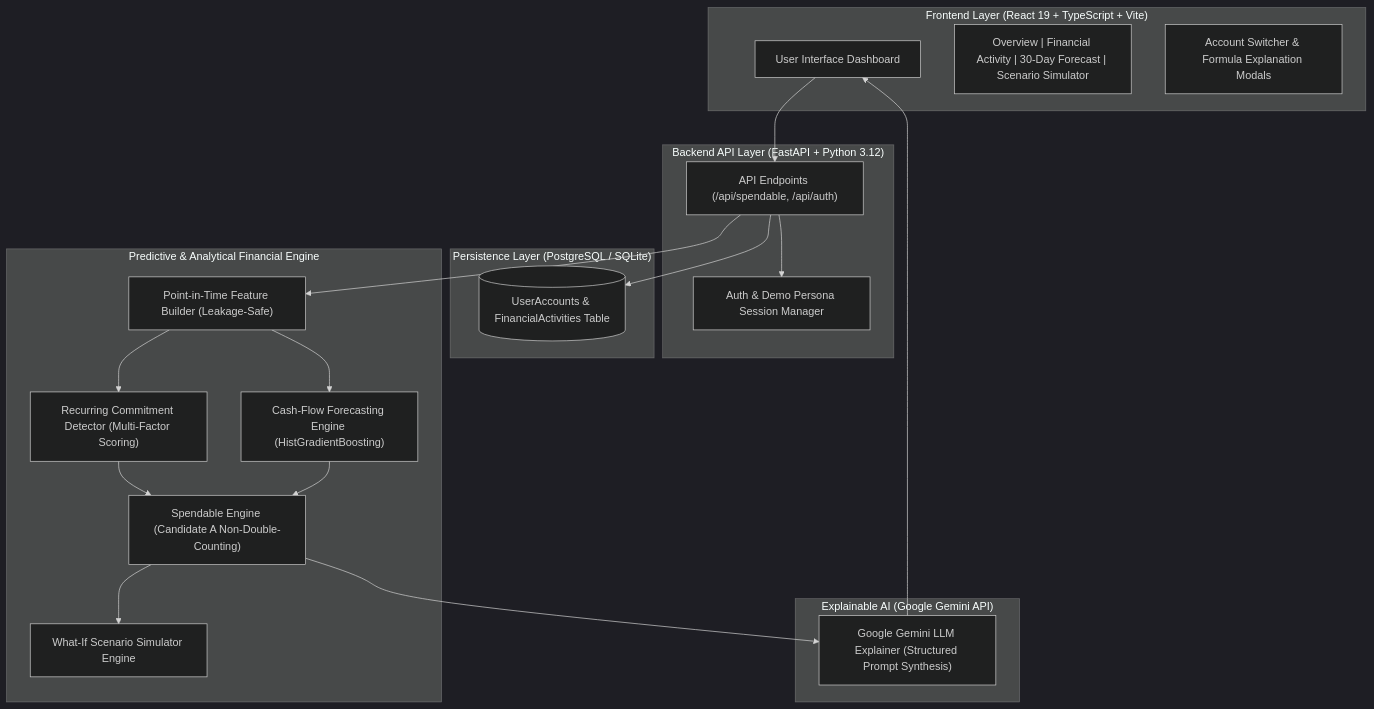
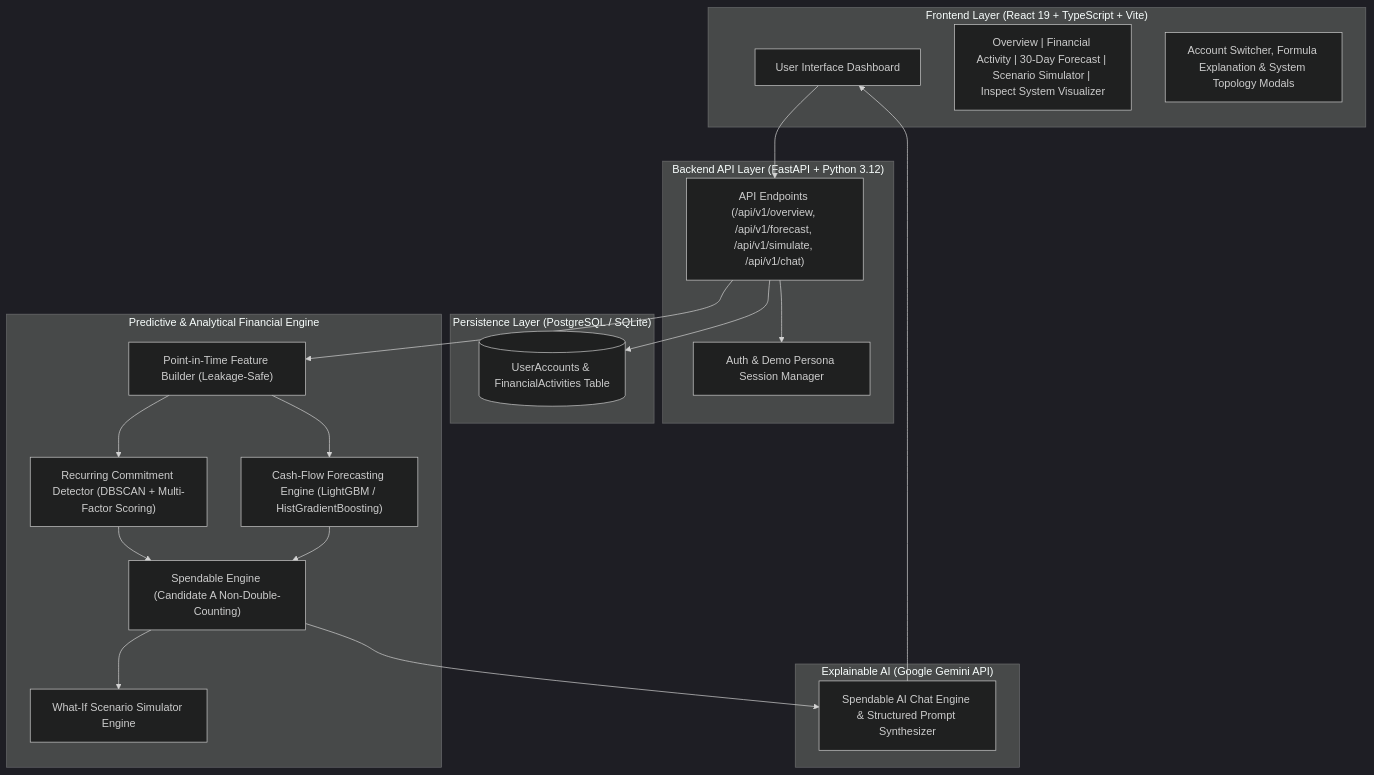
One commit to Supan-Roy/Spendable changed the diagram in README.md. Above: the diagram before and after it, drawn with Mermaid (dark theme). The commit also changed other lines of this file and 4 other files, not shown here.

Commit message:
Update documentation for Spendable AI, Inspect visualizer, scenario simulator, and ML engine

````diff
--- a/README.md
+++ b/README.md
@@ -15,41 +15,41 @@
 ```mermaid
 graph TD
     subgraph Frontend["Frontend Layer (React 19 + TypeScript + Vite)"]
         UI["User Interface Dashboard"]
-        Tabs["Overview | Financial Activity | 30-Day Forecast | Scenario Simulator"]
-        Modal["Account Switcher & Formula Explanation Modals"]
+        Tabs["Overview | Financial Activity | 30-Day Forecast | Scenario Simulator | Inspect System Visualizer"]
+        Modal["Account Switcher, Formula Explanation & System Topology Modals"]
     end
 
     subgraph API["Backend API Layer (FastAPI + Python 3.12)"]
-        Router["API Endpoints (/api/spendable, /api/auth)"]
+        Router["API Endpoints (/api/v1/overview, /api/v1/forecast, /api/v1/simulate, /api/v1/chat)"]
         AuthCtx["Auth & Demo Persona Session Manager"]
     end
 
     subgraph Storage["Persistence Layer (PostgreSQL / SQLite)"]
         DB[(UserAccounts & FinancialActivities Table)]
     end
 
     subgraph ML_Engine["Predictive & Analytical Financial Engine"]
         PitBuilder["Point-in-Time Feature Builder (Leakage-Safe)"]
-        RecDetector["Recurring Commitment Detector (Multi-Factor Scoring)"]
-        ForecastML["Cash-Flow Forecasting Engine (HistGradientBoosting)"]
+        RecDetector["Recurring Commitment Detector (DBSCAN + Multi-Factor Scoring)"]
+        ForecastML["Cash-Flow Forecasting Engine (LightGBM / HistGradientBoosting)"]
         SpendEngine["Spendable Engine (Candidate A Non-Double-Counting)"]
         ScenarioSim["What-If Scenario Simulator Engine"]
     end
 
     subgraph LLM_Layer["Explainable AI (Google Gemini API)"]
-        Gemini["Google Gemini LLM Explainer (Structured Prompt Synthesis)"]
+        SpendableAI["Spendable AI Chat Engine & Structured Prompt Synthesizer"]
     end
 
     UI --> Router
     Router --> AuthCtx
     Router --> DB
     Router --> PitBuilder
     PitBuilder --> RecDetector
     PitBuilder --> ForecastML
     RecDetector --> SpendEngine
     ForecastML --> SpendEngine
     SpendEngine --> ScenarioSim
-    SpendEngine --> Gemini
-    Gemini --> UI
+    SpendEngine --> SpendableAI
+    SpendableAI --> UI
 ```
````
